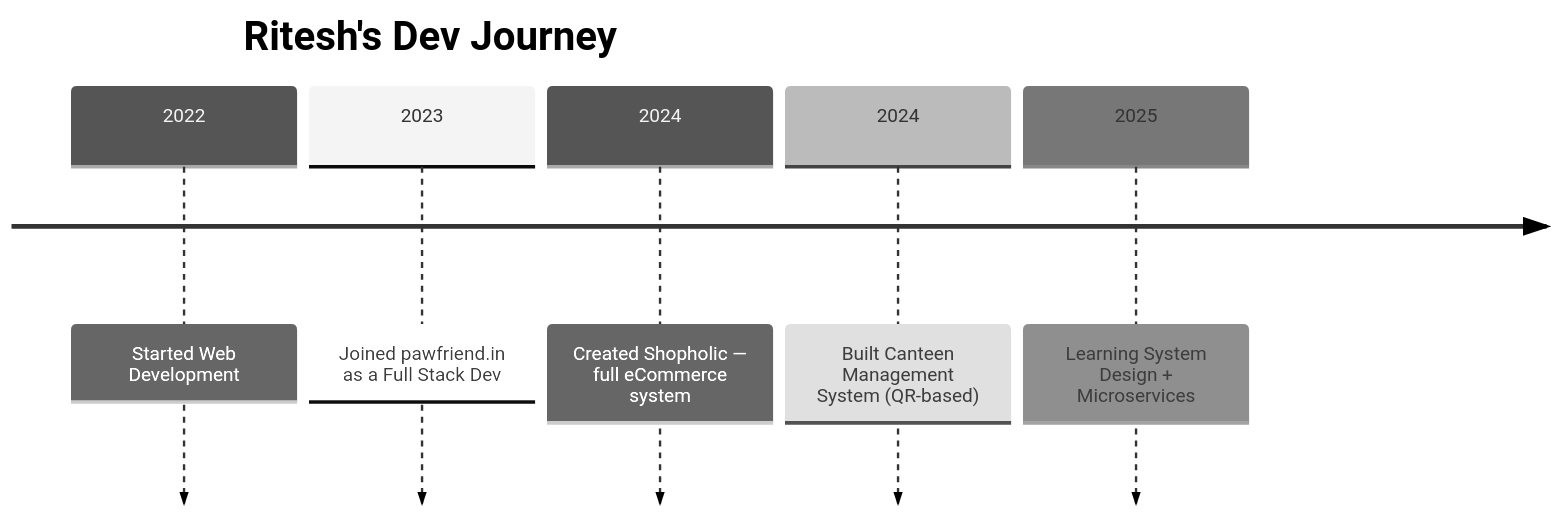
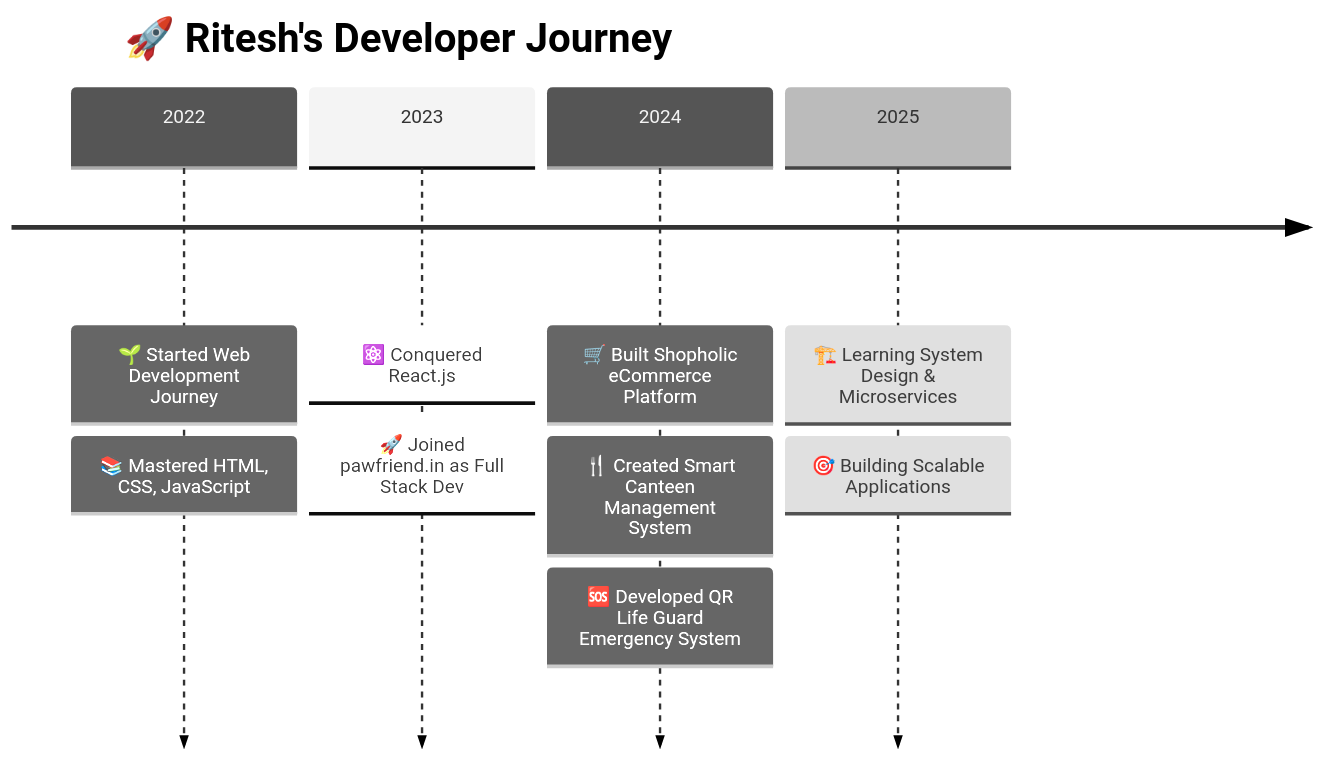
The diagram in README.md (Riteshyadavanshi/Riteshyadavanshi), drawn with Mermaid (neutral theme) before and after one commit. The commit also changed other lines of this file, not shown here.

````diff
--- a/README.md
+++ b/README.md
@@ -28,10 +109,13 @@
 ```mermaid
 timeline
-    title Ritesh's Dev Journey
-    2022 : Started Web Development
-    2023 : Joined pawfriend.in as a Full Stack Dev
-    2024 : Created Shopholic — full eCommerce system
-    2024 : Built Canteen Management System (QR-based)
-    2025 : Learning System Design + Microservices
-     
+    title 🚀 Ritesh's Developer Journey
+    2022 : 🌱 Started Web Development Journey
+         : 📚 Mastered HTML, CSS, JavaScript
+    2023 : ⚛️ Conquered React.js
+         : 🚀 Joined pawfriend.in as Full Stack Dev
+    2024 : 🛒 Built Shopholic eCommerce Platform
+         : 🍴 Created Smart Canteen Management System
+         : 🆘 Developed QR Life Guard Emergency System
+    2025 : 🏗️ Learning System Design & Microservices
+         : 🎯 Building Scalable Applications
 ```
````
